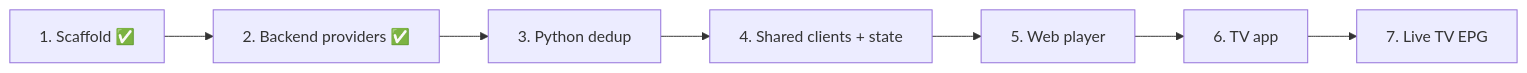
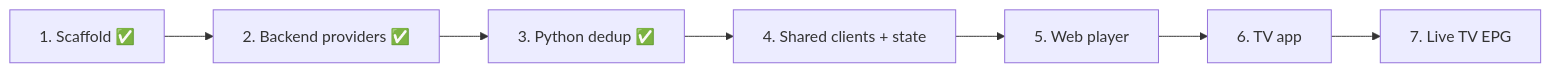
Before and after one commit to brunoccst/iptv-player: the diagram in documentation/NEXT-STEPS.md, drawn with Mermaid. The commit also changed other lines of this file and 56 other files, not shown here.

````diff
--- a/documentation/NEXT-STEPS.md
+++ b/documentation/NEXT-STEPS.md
@@ -7,5 +7,5 @@
 ```mermaid
 flowchart LR
-  S1[1. Scaffold ✅] --> S2[2. Backend providers ✅] --> S3[3. Python dedup] --> S4[4. Shared clients + state]
+  S1[1. Scaffold ✅] --> S2[2. Backend providers ✅] --> S3[3. Python dedup ✅] --> S4[4. Shared clients + state]
   S4 --> S5[5. Web player] --> S6[6. TV app] --> S7[7. Live TV EPG]
 ```
````
